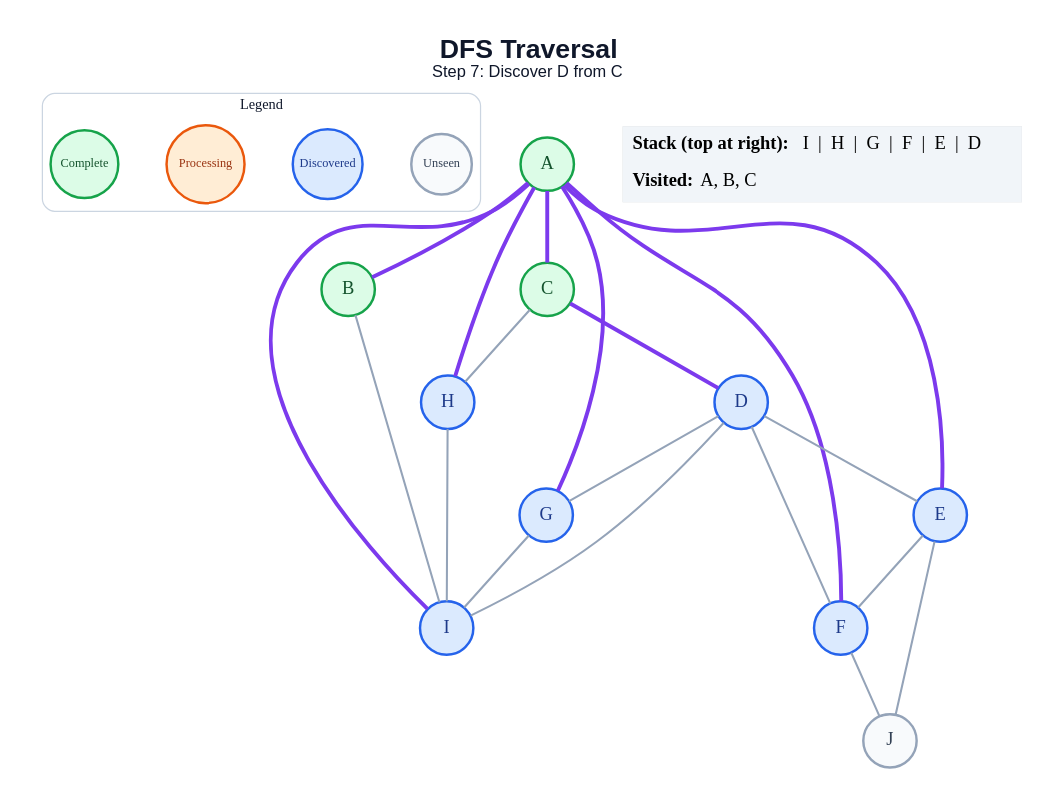
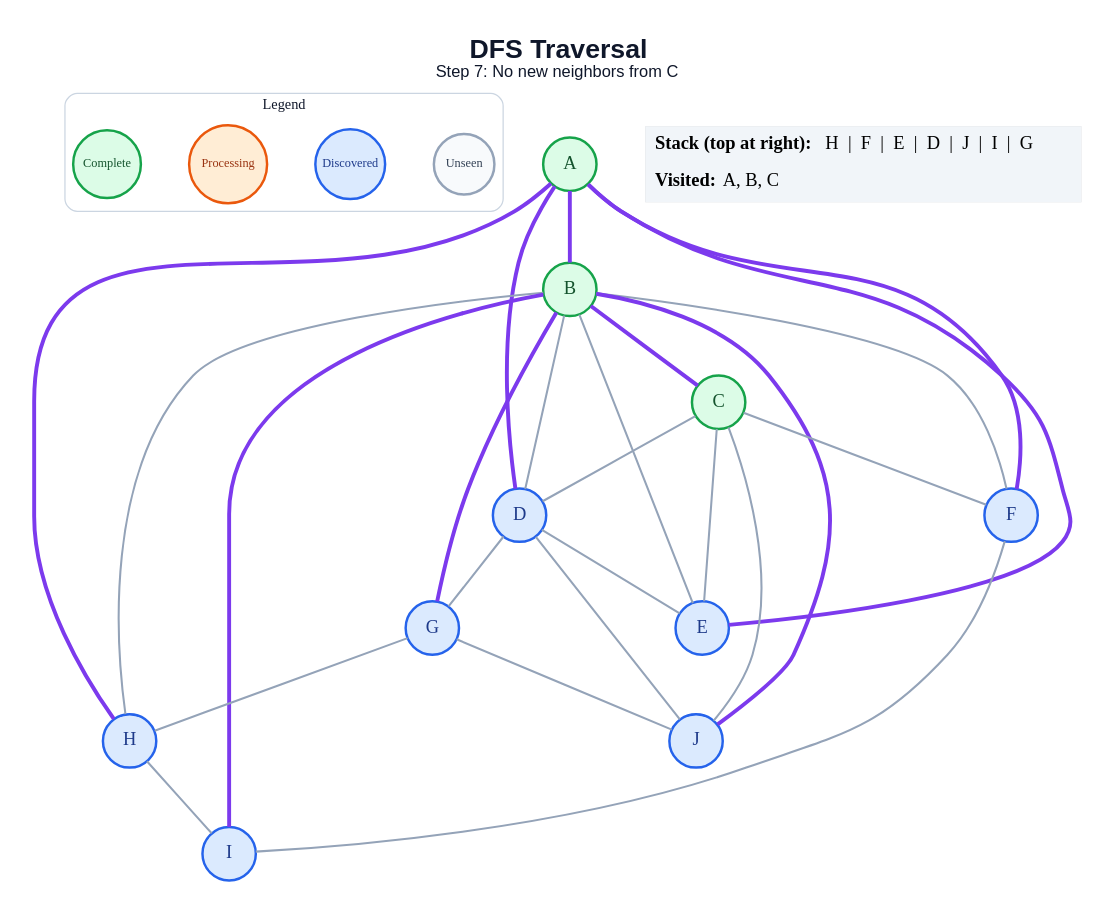
One commit to amanghodawala9/ai-slop changed the diagram in generated/dfs/step_07.dot. Above: the diagram before and after it, drawn with Graphviz. The commit also changed 178 other files, not shown here.

```diff
--- a/generated/dfs/step_07.dot
+++ b/generated/dfs/step_07.dot
@@ -1,48 +1,53 @@
 graph traversal {
   graph [layout=dot, rankdir=TB, bgcolor="#FFFFFF", pad="0.35", nodesep="0.65", ranksep="0.8", fontname="Arial"];
   node [shape=circle, style="filled", fontname="Arial Bold", fontsize=18, width=0.72, fixedsize=true, penwidth=2.4];
   edge [color="#94A3B8", penwidth=2.0];
-  label=<<B>DFS Traversal</B><BR/><FONT POINT-SIZE="16">Step 7: Discover D from C</FONT>>; labelloc="t"; fontsize=26; fontname="Arial"; fontcolor="#0F172A";
+  label=<<B>DFS Traversal</B><BR/><FONT POINT-SIZE="16">Step 7: No new neighbors from C</FONT>>; labelloc="t"; fontsize=26; fontname="Arial"; fontcolor="#0F172A";
   subgraph cluster_legend { label="Legend"; color="#CBD5E1"; penwidth=1.2; style="rounded"; fontsize=14; fontname="Arial Bold";
     key_unseen [label="Unseen", fillcolor="#F8FAFC", color="#94A3B8", fontcolor="#334155", fontsize=12, width=0.82];
     key_frontier [label="Discovered", fillcolor="#DBEAFE", color="#2563EB", fontcolor="#1E3A8A", fontsize=12, width=0.95];
     key_current [label="Processing", fillcolor="#FFEDD5", color="#EA580C", fontcolor="#9A3412", fontsize=12, width=1.05];
     key_done [label="Complete", fillcolor="#DCFCE7", color="#16A34A", fontcolor="#14532D", fontsize=12, width=0.92];
     { rank=same; key_unseen; key_frontier; key_current; key_done; }
   }
   A [fillcolor="#DCFCE7", color="#16A34A", fontcolor="#14532D"];
   B [fillcolor="#DCFCE7", color="#16A34A", fontcolor="#14532D"];
   C [fillcolor="#DCFCE7", color="#16A34A", fontcolor="#14532D"];
   D [fillcolor="#DBEAFE", color="#2563EB", fontcolor="#1E3A8A"];
   E [fillcolor="#DBEAFE", color="#2563EB", fontcolor="#1E3A8A"];
   F [fillcolor="#DBEAFE", color="#2563EB", fontcolor="#1E3A8A"];
   G [fillcolor="#DBEAFE", color="#2563EB", fontcolor="#1E3A8A"];
   H [fillcolor="#DBEAFE", color="#2563EB", fontcolor="#1E3A8A"];
   I [fillcolor="#DBEAFE", color="#2563EB", fontcolor="#1E3A8A"];
-  J [fillcolor="#F8FAFC", color="#94A3B8", fontcolor="#334155"];
+  J [fillcolor="#DBEAFE", color="#2563EB", fontcolor="#1E3A8A"];
   A -- B [color="#7C3AED", penwidth=3.8];
-  A -- C [color="#7C3AED", penwidth=3.8];
+  A -- D [color="#7C3AED", penwidth=3.8];
   A -- E [color="#7C3AED", penwidth=3.8];
   A -- F [color="#7C3AED", penwidth=3.8];
-  A -- G [color="#7C3AED", penwidth=3.8];
   A -- H [color="#7C3AED", penwidth=3.8];
-  A -- I [color="#7C3AED", penwidth=3.8];
-  B -- I;
-  C -- D [color="#7C3AED", penwidth=3.8];
-  C -- H;
+  B -- C [color="#7C3AED", penwidth=3.8];
+  B -- D;
+  B -- E;
+  B -- F;
+  B -- G [color="#7C3AED", penwidth=3.8];
+  B -- H;
+  B -- I [color="#7C3AED", penwidth=3.8];
+  B -- J [color="#7C3AED", penwidth=3.8];
+  C -- D;
+  C -- E;
+  C -- F;
+  C -- J;
   D -- E;
-  D -- F;
   D -- G;
-  D -- I;
-  E -- F;
-  E -- J;
-  F -- J;
-  G -- I;
+  D -- J;
+  F -- I;
+  G -- H;
+  G -- J;
   H -- I;
   status [shape=plain, fixedsize=false, width=0, height=0, margin=0, label=<
     <TABLE BORDER="0" CELLBORDER="0" CELLPADDING="7" BGCOLOR="#F1F5F9">
-      <TR><TD ALIGN="LEFT"><B>Stack (top at right):</B> I  |  H  |  G  |  F  |  E  |  D</TD></TR>
+      <TR><TD ALIGN="LEFT"><B>Stack (top at right):</B> H  |  F  |  E  |  D  |  J  |  I  |  G</TD></TR>
       <TR><TD ALIGN="LEFT"><B>Visited:</B> A, B, C</TD></TR>
     </TABLE>
   >];
 }
```
